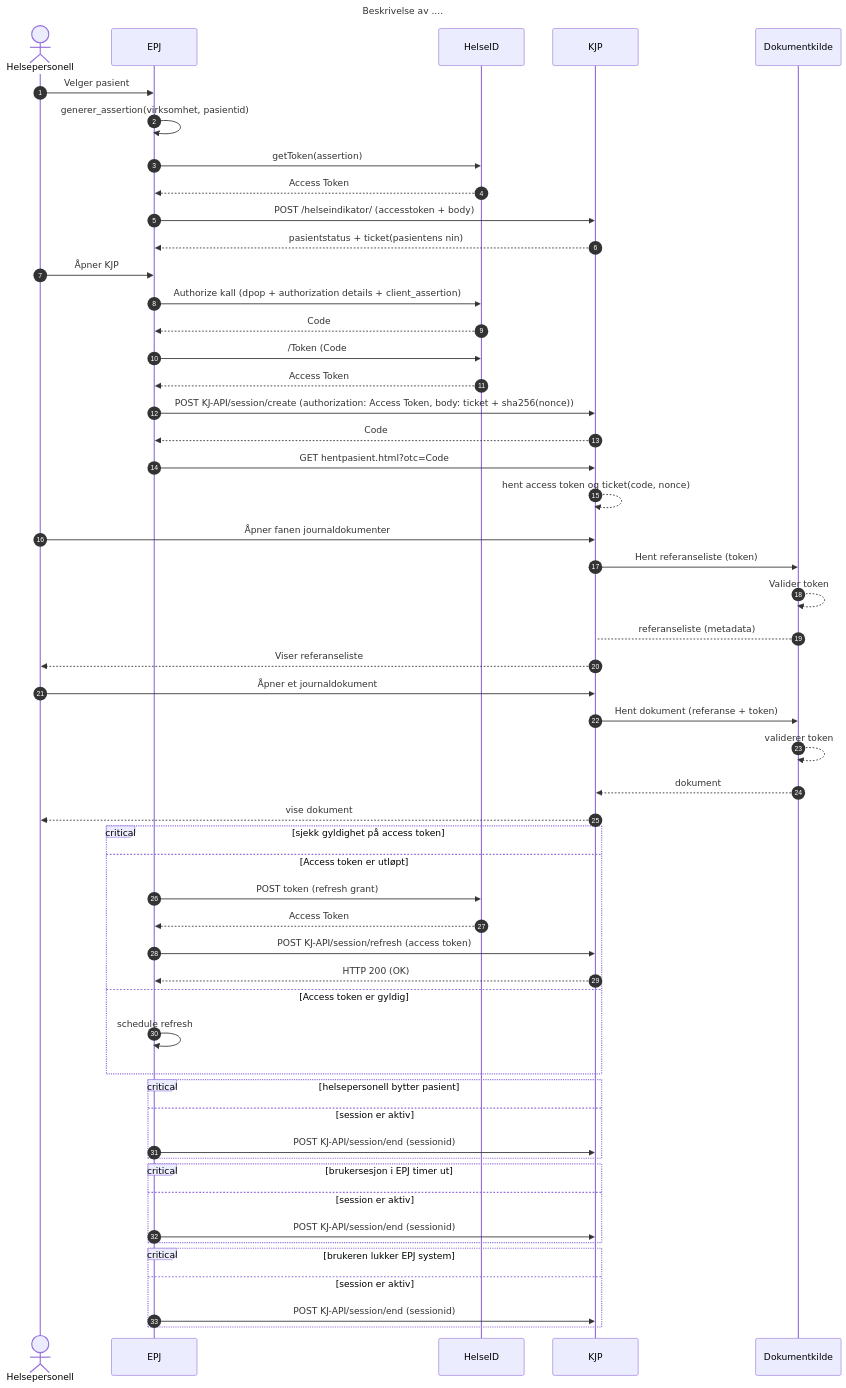
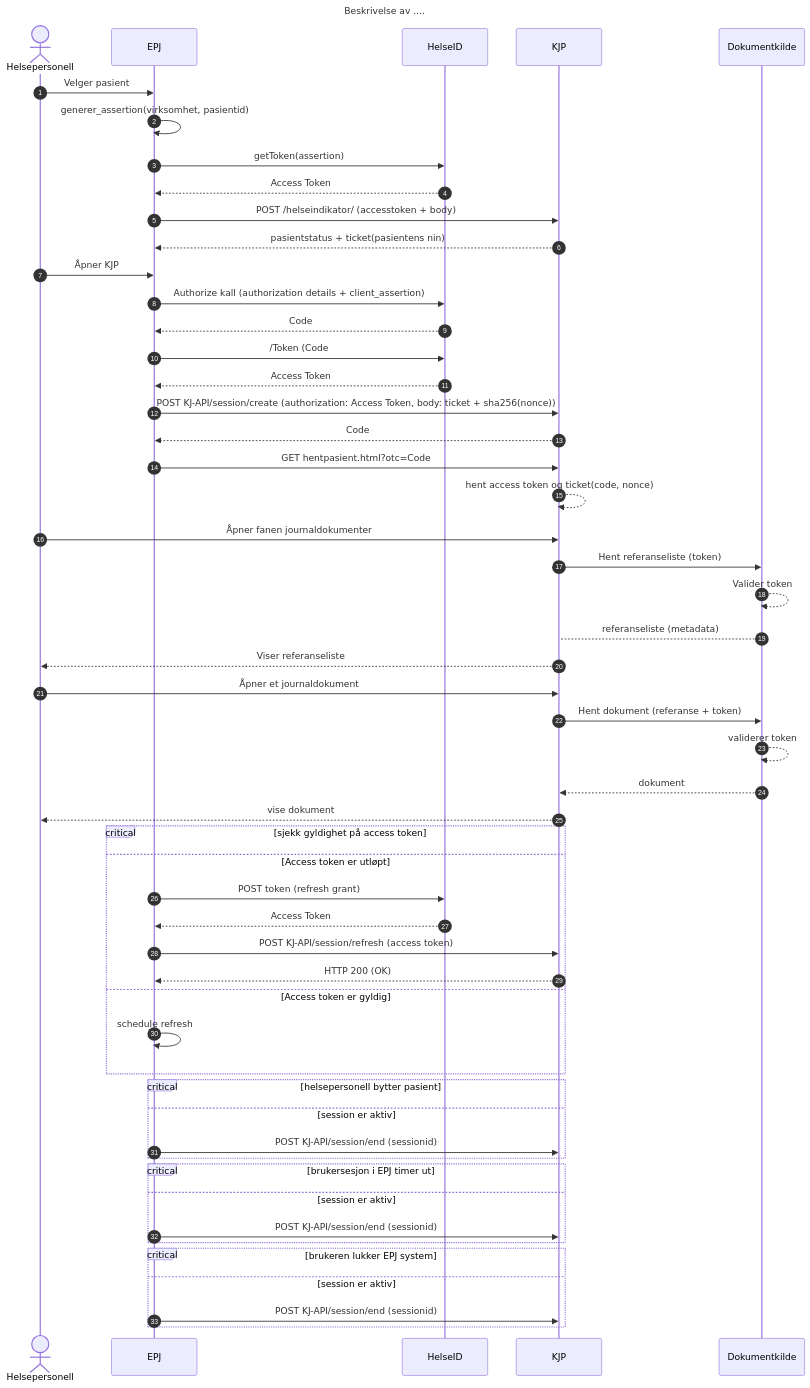
Before and after one commit to NorskHelsenett/Tillitsrammeverk: the first of 2 diagrams in specs/sekvensdiagram.md, drawn with Mermaid.

`````diff
--- a/specs/sekvensdiagram.md
+++ b/specs/sekvensdiagram.md
@@ -11,66 +11,66 @@
 ````mermaid
 sequenceDiagram 
   autonumber
   title Beskrivelse av ....
   actor HP as Helsepersonell
   participant EPJ
   participant HelseID
   participant KJP
   participant Dokumentkilde
 
   HP->>EPJ: Velger pasient
   EPJ->>EPJ: generer_assertion(virksomhet, pasientid)
   EPJ->>HelseID: getToken(assertion)
   HelseID-->>EPJ: Access Token
   EPJ->>KJP: POST /helseindikator/ (accesstoken + body)
   KJP-->>EPJ: pasientstatus + ticket(pasientens nin)
   HP->>EPJ: Åpner KJP
-  EPJ->>HelseID: Authorize kall (dpop + authorization details + client_assertion)
+  EPJ->>HelseID: Authorize kall (authorization details + client_assertion)
   HelseID-->>EPJ: Code
   EPJ->>HelseID: /Token (Code#1)
   HelseID-->>EPJ: Access Token
   EPJ->>KJP: POST KJ-API/session/create (authorization: Access Token, body: ticket + sha256(nonce))
   KJP-->>EPJ: Code#2
   EPJ->>KJP: GET hentpasient.html?otc=Code#2&nonce=nonce
   KJP-->>KJP: hent access token og ticket(code, nonce)
   HP->>KJP: Åpner fanen journaldokumenter
   KJP->>Dokumentkilde: Hent referanseliste (token)
  
   Dokumentkilde-->>Dokumentkilde: Valider token
   Dokumentkilde-->KJP: referanseliste (metadata)
  
   KJP-->>HP: Viser referanseliste
   HP->>KJP: Åpner et journaldokument
   KJP->>Dokumentkilde: Hent dokument (referanse + token)
   Dokumentkilde-->>Dokumentkilde: validerer token
   Dokumentkilde-->>KJP: dokument
   KJP-->>HP: vise dokument
 
   critical sjekk gyldighet på access token
 
     option Access token er utløpt
         EPJ->>HelseID: POST token (refresh grant)
         HelseID-->>EPJ: Access Token
         EPJ->>KJP: POST KJ-API/session/refresh (access token) 
         KJP-->>EPJ: HTTP 200 (OK)
     
     option Access token er gyldig
         EPJ->>EPJ: schedule refresh
   end
 
   critical helsepersonell bytter pasient
   option session er aktiv
     EPJ->>KJP: POST KJ-API/session/end (sessionid)
   end
   
   critical brukersesjon i EPJ timer ut
   option session er aktiv
     EPJ->>KJP: POST KJ-API/session/end (sessionid)
   end
 
   critical brukeren lukker EPJ system
   option session er aktiv
     EPJ->>KJP: POST KJ-API/session/end (sessionid)
 
 end 
 ````
`````
